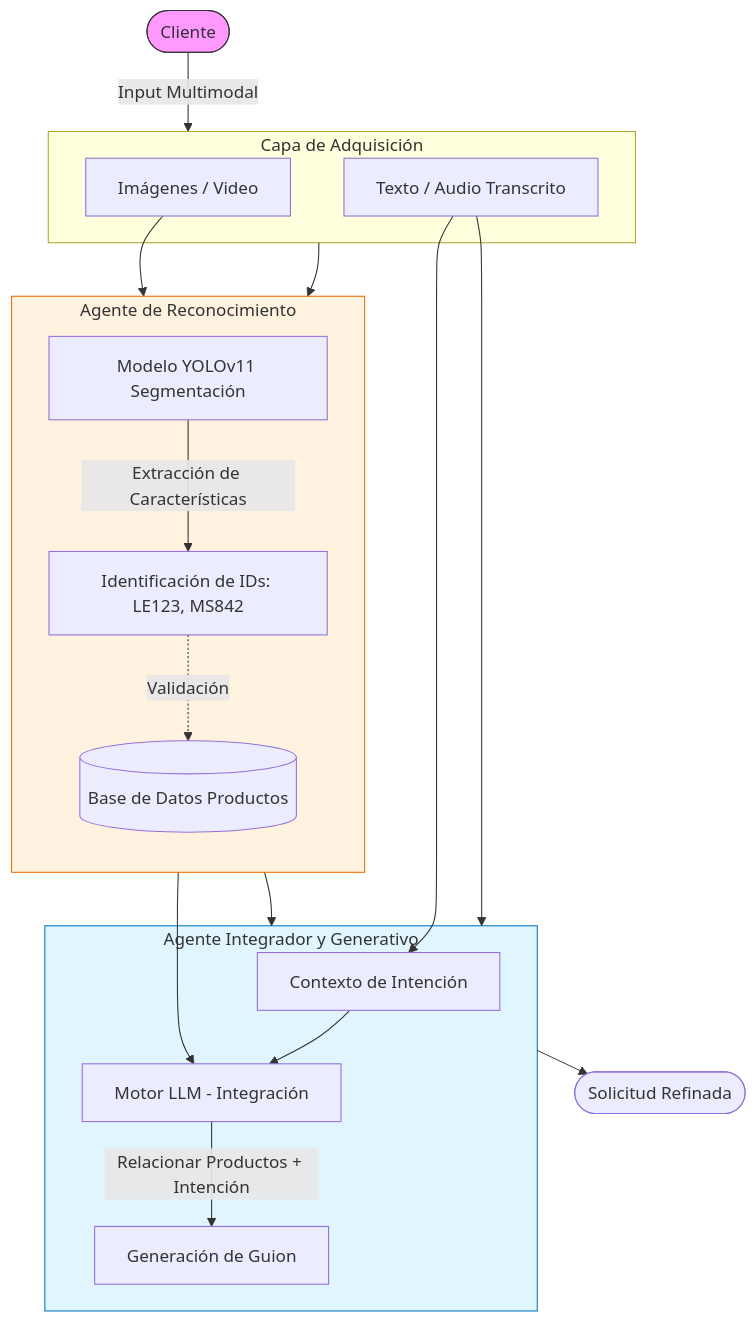
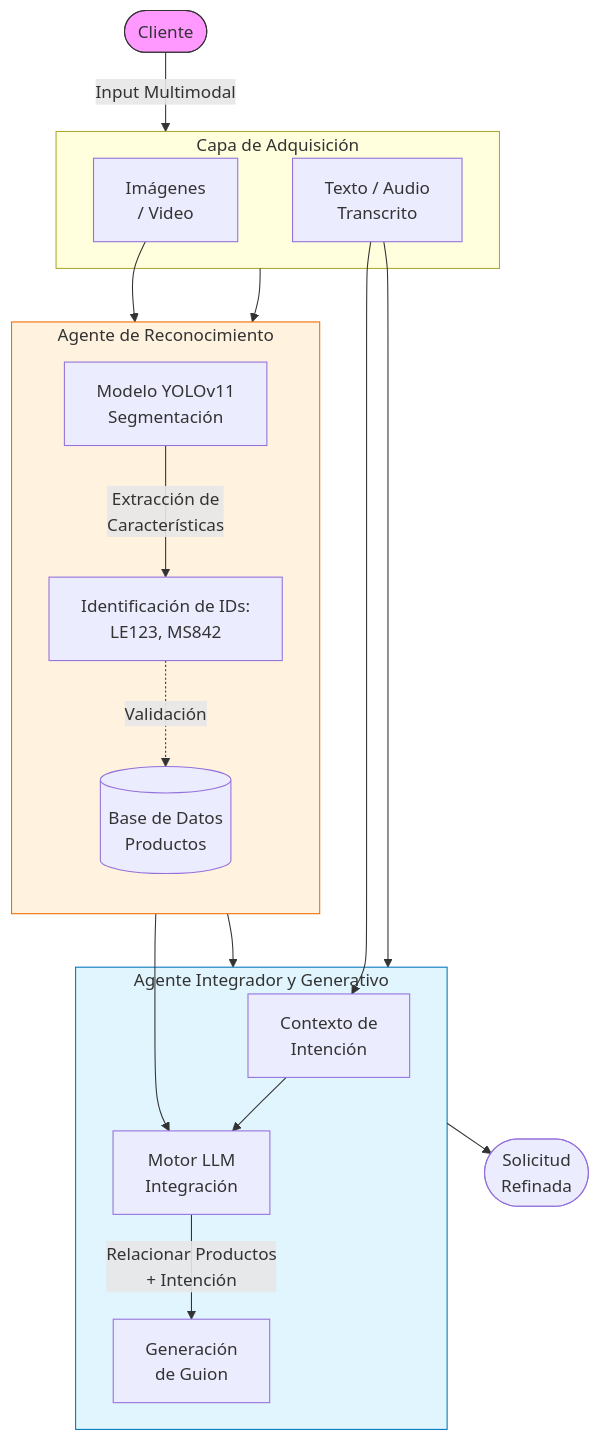
The diagram in README.md (marcoxskii/ProyectoFinalAprendizajeAut), drawn with Mermaid before and after one commit. The commit also changed other lines of this file, not shown here.

````diff
--- a/README.md
+++ b/README.md
@@ -37,39 +39,39 @@
 ```mermaid
 graph TD
     User([Cliente]) -->|Input Multimodal| Input_Layer
     
     subgraph Input_Layer [Capa de Adquisición]
-        Img[Imágenes / Video]
-        Txt[Texto / Audio Transcrito]
+        Img[Imágenes<br/>/ Video]
+        Txt[Texto / Audio<br/>Transcrito]
     end
     
     Input_Layer --> Recognition_Agent
     
     subgraph Recognition_Agent [Agente de Reconocimiento]
         direction TB
-        YOLO[Modelo YOLOv11 Segmentación]
-        Db[(Base de Datos Productos)]
+        YOLO[Modelo YOLOv11<br/>Segmentación]
+        Db[(Base de Datos<br/>Productos)]
         
         Img --> YOLO
-        YOLO -->|Extracción de Características| IDs[Identificación de IDs: LE123, MS842]
+        YOLO -->|Extracción de<br/>Características| IDs[Identificación de IDs:<br/>LE123, MS842]
         IDs -.->|Validación| Db
     end
     
     Recognition_Agent --> Integration_Agent
     Txt --> Integration_Agent
     
     subgraph Integration_Agent [Agente Integrador y Generativo]
-        Context[Contexto de Intención]
-        LLM[Motor LLM - Integración]
+        Context[Contexto de<br/>Intención]
+        LLM[Motor LLM<br/>Integración]
         
         IDs --> LLM
         Txt --> Context --> LLM
-        LLM -->|Relacionar Productos + Intención| Script[Generación de Guion]
+        LLM -->|Relacionar Productos<br/>+ Intención| Script[Generación<br/>de Guion]
     end
     
-    Integration_Agent --> Output([Solicitud Refinada])
+    Integration_Agent --> Output([Solicitud<br/>Refinada])
     
     style User fill:#f9f,stroke:#333
     style Integration_Agent fill:#e1f5fe,stroke:#0277bd
     style Recognition_Agent fill:#fff3e0,stroke:#ef6c00
 ```
````
